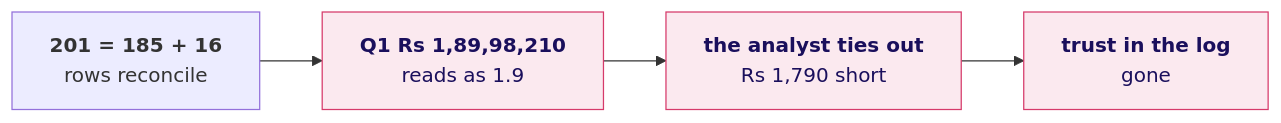
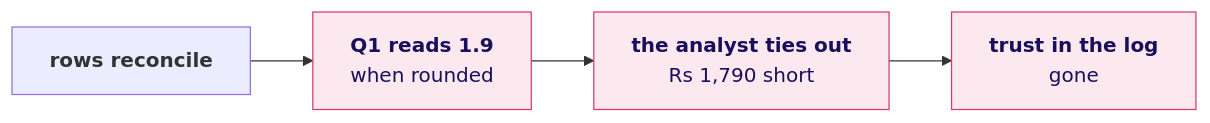
One commit to fde-academy-lab/c2-content-factory changed the fifth of 9 diagrams in content/W01/D3/slides/C2_W01_D03_half2_STUDENT.md. Above: the diagram before and after it, drawn with Mermaid. The commit also changed other lines of this file and 10 other files, not shown here.

````diff
--- a/content/W01/D3/slides/C2_W01_D03_half2_STUDENT.md
+++ b/content/W01/D3/slides/C2_W01_D03_half2_STUDENT.md
@@ -113,8 +308,8 @@
 ```mermaid
 flowchart LR
-    R["<b>201 = 185 + 16</b><br/>rows reconcile"] --> Q["<b>Q1 Rs 1,89,98,210</b><br/>reads as 1.9"]
+    R["<b>rows reconcile</b>"] --> Q["<b>Q1 reads 1.9</b><br/>when rounded"]
     Q --> A["<b>the analyst ties out</b><br/>Rs 1,790 short"]
     A --> T["<b>trust in the log</b><br/>gone"]
     classDef bad fill:#FBE9EF,stroke:#D63A6A,color:#1A0F5C
     class Q,A,T bad
 ```
````
